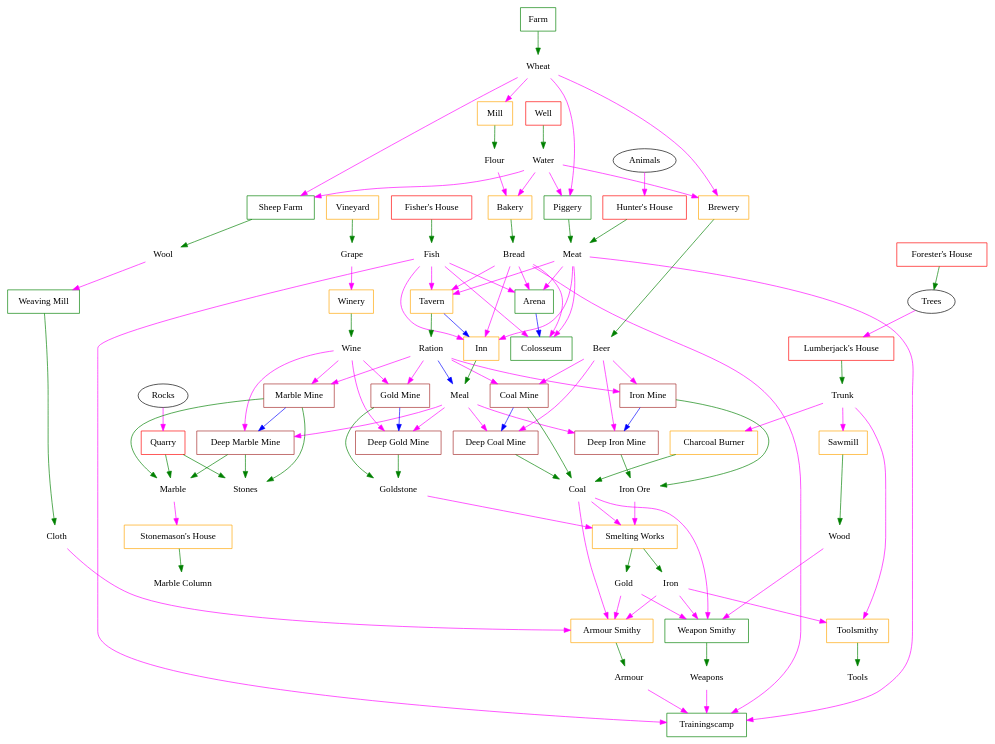
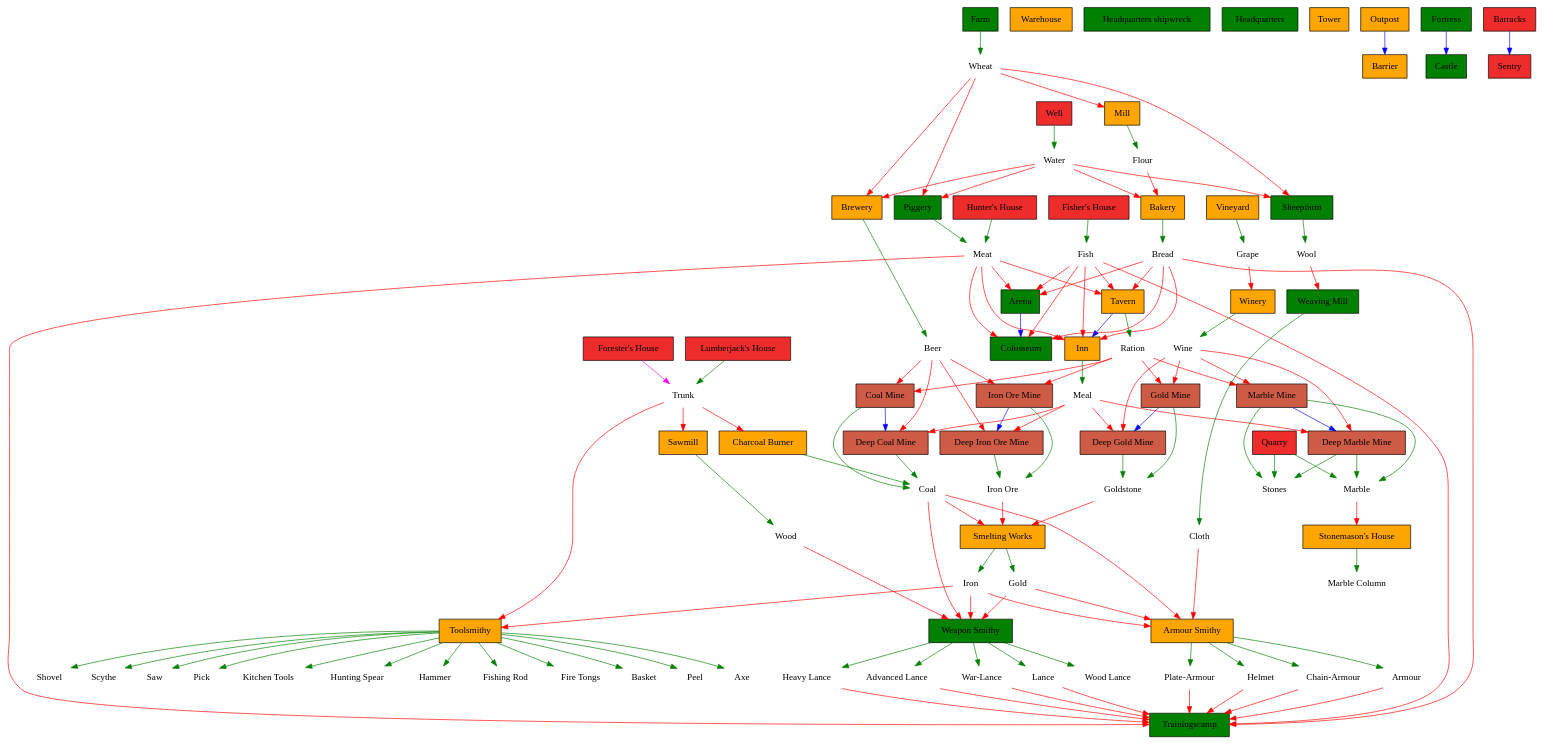
One commit to rhdunn/widelands-techtree changed the diagram in imperials.dot. Above: the diagram before and after it, drawn with Graphviz. The commit also changed 2 other files, not shown here.

Commit message:
Updated the dot files with the generated tech trees.

```diff
--- a/imperials.dot
+++ b/imperials.dot
@@ -1,209 +1,221 @@
-// Based on: http://wl.widelands.org/help/empire/buildings/
-
-digraph "Widelands Imperials Tribe Tech Tree"
+digraph "Widelands mpire Tribe Tech Tree"
 {
-	"Rocks" [shape=ellipse]
-	"Trees" [shape=ellipse]
-	"Animals" [shape=ellipse]
-
-	// wares
-
-	"Fish" [shape=plaintext]
-	"Meat" [shape=plaintext]
-	"Water" [shape=plaintext]
-	"Trunk" [shape=plaintext]
-	"Wood" [shape=plaintext]
-	"Stones" [shape=plaintext]
-	"Marble" [shape=plaintext]
-	"Marble Column" [shape=plaintext]
-	"Wheat" [shape=plaintext]
-	"Flour" [shape=plaintext]
-	"Bread" [shape=plaintext]
-	"Ration" [shape=plaintext]
-	"Meal" [shape=plaintext]
-	"Beer" [shape=plaintext]
-	"Coal" [shape=plaintext]
-	"Iron Ore" [shape=plaintext]
-	"Iron" [shape=plaintext]
-	"Goldstone" [shape=plaintext]
-	"Gold" [shape=plaintext]
-	"Wool" [shape=plaintext]
-	"Cloth" [shape=plaintext]
-	"Armour" [shape=plaintext]
-	"Weapons" [shape=plaintext]
-	"Tools" [shape=plaintext]
-	"Grape" [shape=plaintext]
-	"Wine" [shape=plaintext]
-
-	// small buildings
-
-	"Fisher's House" [shape=box, color=red]
-	"Forester's House" [shape=box, color=red]
-	"Hunter's House" [shape=box, color=red]
-	"Lumberjack's House" [shape=box, color=red]
-	"Quarry" [shape=box, color=red]
-	"Well" [shape=box, color=red]
-
-	// medium buildings
-
-	"Armour Smithy" [shape=box, color=orange]
-	"Bakery" [shape=box, color=orange]
-	"Brewery" [shape=box, color=orange]
-	"Charcoal Burner" [shape=box, color=orange]
-	"Mill" [shape=box, color=orange]
-	"Sawmill" [shape=box, color=orange]
-	"Smelting Works" [shape=box, color=orange]
-	"Stonemason's House" [shape=box, color=orange]
-	"Tavern" [shape=box, color=orange]
-	"Inn" [shape=box, color=orange]
-	"Toolsmithy" [shape=box, color=orange]
-	"Vineyard" [shape=box, color=orange]
-	"Winery" [shape=box, color=orange]
-
-	// large buildings
-
-	"Arena" [shape=box, color=green]
-	"Colosseum" [shape=box, color=green]
-	"Farm" [shape=box, color=green]
-	"Piggery" [shape=box, color=green]
-	"Sheep Farm" [shape=box, color=green]
-	"Trainingscamp" [shape=box, color=green]
-	"Weapon Smithy" [shape=box, color=green]
-	"Weaving Mill" [shape=box, color=green]
-
-	// mines
-
-	"Coal Mine" [shape=box, color=brown]
-	"Gold Mine" [shape=box, color=brown]
-	"Iron Mine" [shape=box, color=brown]
-	"Marble Mine" [shape=box, color=brown]
-
-	"Deep Coal Mine" [shape=box, color=brown]
-	"Deep Gold Mine" [shape=box, color=brown]
-	"Deep Iron Mine" [shape=box, color=brown]
-	"Deep Marble Mine" [shape=box, color=brown]
-
-	// enhancements
-
-	"Ration" -> "Meal" [color=blue]
-
-	"Tavern" -> "Inn" [color=blue]
-	"Arena" -> "Colosseum" [color=blue]
-	"Iron Mine" -> "Deep Iron Mine" [color=blue]
-	"Coal Mine" -> "Deep Coal Mine" [color=blue]
-	"Gold Mine" -> "Deep Gold Mine" [color=blue]
-	"Marble Mine" -> "Deep Marble Mine" [color=blue]
-
-	// produces
-
-	"Fisher's House" -> "Fish" [color=green]
-	"Forester's House" -> "Trees" [color=green]
-	"Hunter's House" -> "Meat" [color=green] // Is this correct? It isn't on the wiki page.
-	"Lumberjack's House" -> "Trunk" [color=green]
-	"Quarry" -> "Stones" [color=green]
-	"Quarry" -> "Marble" [color=green]
-	"Well" -> "Water" [color=green]
-
-	"Armour Smithy" -> "Armour" [color=green]
-	"Bakery" -> "Bread" [color=green]
-	"Brewery" -> "Beer" [color=green]
-	"Charcoal Burner" -> "Coal" [color=green]
-	"Mill" -> "Flour" [color=green]
-	"Sawmill" -> "Wood" [color=green]
-	"Smelting Works" -> "Gold" [color=green]
-	"Smelting Works" -> "Iron" [color=green]
-	"Stonemason's House" -> "Marble Column" [color=green]
-	"Tavern" -> "Ration" [color=green]
-	"Inn" -> "Meal" [color=green]
-	"Toolsmithy" -> "Tools" [color=green]
-	"Vineyard" -> "Grape" [color=green]
-	"Winery" -> "Wine" [color=green]
-
-	"Farm" -> "Wheat" [color=green]
-	"Piggery" -> "Meat" [color=green]
-	"Sheep Farm" -> "Wool" [color=green]
-	"Weaving Mill" -> "Cloth" [color=green]
-	"Weapon Smithy" -> "Weapons" [color=green]
-
-	"Coal Mine" -> "Coal" [color=green]
-	"Gold Mine" -> "Goldstone" [color=green]
-	"Iron Mine" -> "Iron Ore" [color=green]
-	"Marble Mine" -> "Stones" [color=green]
-	"Marble Mine" -> "Marble" [color=green]
-
-	"Deep Coal Mine" -> "Coal" [color=green]
-	"Deep Gold Mine" -> "Goldstone" [color=green]
-	"Deep Iron Mine" -> "Iron Ore" [color=green]
-	"Deep Marble Mine" -> "Stones" [color=green]
-	"Deep Marble Mine" -> "Marble" [color=green]
-
-	// consumes
-
-	"Animals" -> "Hunter's House" [color=magenta]
-	"Trees" -> "Lumberjack's House" [color=magenta]
-	"Rocks" -> "Quarry" [color=magenta]
-
-	"Gold" -> "Armour Smithy" [color=magenta]
-	"Cloth" -> "Armour Smithy" [color=magenta]
-	"Iron" -> "Armour Smithy" [color=magenta]
-	"Coal" -> "Armour Smithy" [color=magenta]
-	"Flour" -> "Bakery" [color=magenta]
-	"Water" -> "Bakery" [color=magenta]
-	"Wheat" -> "Brewery" [color=magenta]
-	"Water" -> "Brewery" [color=magenta]
-	"Trunk" -> "Charcoal Burner" [color=magenta]
-	"Trunk" -> "Sawmill" [color=magenta]
-	"Wheat" -> "Mill" [color=magenta]
-	"Goldstone" -> "Smelting Works" [color=magenta]
-	"Iron Ore" -> "Smelting Works" [color=magenta]
-	"Coal" -> "Smelting Works" [color=magenta]
-	"Marble" -> "Stonemason's House" [color=magenta]
-	"Fish" -> "Tavern" [color=magenta]
-	"Bread" -> "Tavern" [color=magenta]
-	"Meat" -> "Tavern" [color=magenta]
-	"Fish" -> "Inn" [color=magenta]
-	"Bread" -> "Inn" [color=magenta]
-	"Meat" -> "Inn" [color=magenta]
-	"Trunk" -> "Toolsmithy" [color=magenta]
-	"Iron" -> "Toolsmithy" [color=magenta]
-	"Grape" -> "Winery" [color=magenta]
-
-	"Fish" -> "Arena" [color=magenta]
-	"Bread" -> "Arena" [color=magenta]
-	"Meat" -> "Arena" [color=magenta]
-	"Fish" -> "Colosseum" [color=magenta]
-	"Bread" -> "Colosseum" [color=magenta]
-	"Meat" -> "Colosseum" [color=magenta]
-	"Wheat" -> "Piggery" [color=magenta]
-	"Water" -> "Piggery" [color=magenta]
-	"Wheat" -> "Sheep Farm" [color=magenta]
-	"Water" -> "Sheep Farm" [color=magenta]
-	"Wool" -> "Weaving Mill" [color=magenta]
-	"Gold" -> "Weapon Smithy" [color=magenta]
-	"Iron" -> "Weapon Smithy" [color=magenta]
-	"Coal" -> "Weapon Smithy" [color=magenta]
-	"Wood" -> "Weapon Smithy" [color=magenta]
-	"Weapons" -> "Trainingscamp" [color=magenta]
-	"Armour" -> "Trainingscamp" [color=magenta]
-	"Fish" -> "Trainingscamp" [color=magenta]
-	"Bread" -> "Trainingscamp" [color=magenta]
-	"Meat" -> "Trainingscamp" [color=magenta]
-
-	"Beer" -> "Coal Mine" [color=magenta]
-	"Ration" -> "Coal Mine" [color=magenta]
-	"Wine" -> "Gold Mine" [color=magenta]
-	"Ration" -> "Gold Mine" [color=magenta]
-	"Beer" -> "Iron Mine" [color=magenta]
-	"Ration" -> "Iron Mine" [color=magenta]
-	"Wine" -> "Marble Mine" [color=magenta]
-	"Ration" -> "Marble Mine" [color=magenta]
-
-	"Beer" -> "Deep Coal Mine" [color=magenta]
-	"Meal" -> "Deep Coal Mine" [color=magenta]
-	"Wine" -> "Deep Gold Mine" [color=magenta]
-	"Meal" -> "Deep Gold Mine" [color=magenta]
-	"Beer" -> "Deep Iron Mine" [color=magenta]
-	"Meal" -> "Deep Iron Mine" [color=magenta]
-	"Wine" -> "Deep Marble Mine" [color=magenta]
-	"Meal" -> "Deep Marble Mine" [color=magenta]
+	"wool" [shape=plaintext, label="Wool"]
+	"wood_lance" [shape=plaintext, label="Wood Lance"]
+	"wood" [shape=plaintext, label="Wood"]
+	"wine" [shape=plaintext, label="Wine"]
+	"wheat" [shape=plaintext, label="Wheat"]
+	"water" [shape=plaintext, label="Water"]
+	"war_lance" [shape=plaintext, label="War-Lance"]
+	"trunk" [shape=plaintext, label="Trunk"]
+	"stone" [shape=plaintext, label="Stones"]
+	"shovel" [shape=plaintext, label="Shovel"]
+	"scythe" [shape=plaintext, label="Scythe"]
+	"saw" [shape=plaintext, label="Saw"]
+	"ration" [shape=plaintext, label="Ration"]
+	"plate_armour" [shape=plaintext, label="Plate-Armour"]
+	"pick" [shape=plaintext, label="Pick"]
+	"meat" [shape=plaintext, label="Meat"]
+	"meal" [shape=plaintext, label="Meal"]
+	"marble" [shape=plaintext, label="Marble"]
+	"marblecolumn" [shape=plaintext, label="Marble Column"]
+	"lance" [shape=plaintext, label="Lance"]
+	"kitchen_tools" [shape=plaintext, label="Kitchen Tools"]
+	"ironore" [shape=plaintext, label="Iron Ore"]
+	"iron" [shape=plaintext, label="Iron"]
+	"hunting_spear" [shape=plaintext, label="Hunting Spear"]
+	"helm" [shape=plaintext, label="Helmet"]
+	"heavy_lance" [shape=plaintext, label="Heavy Lance"]
+	"hammer" [shape=plaintext, label="Hammer"]
+	"grape" [shape=plaintext, label="Grape"]
+	"goldstone" [shape=plaintext, label="Goldstone"]
+	"gold" [shape=plaintext, label="Gold"]
+	"flour" [shape=plaintext, label="Flour"]
+	"fishing_rod" [shape=plaintext, label="Fishing Rod"]
+	"fish" [shape=plaintext, label="Fish"]
+	"fire_tongs" [shape=plaintext, label="Fire Tongs"]
+	"coal" [shape=plaintext, label="Coal"]
+	"cloth" [shape=plaintext, label="Cloth"]
+	"chain_armour" [shape=plaintext, label="Chain-Armour"]
+	"bread" [shape=plaintext, label="Bread"]
+	"beer" [shape=plaintext, label="Beer"]
+	"basket" [shape=plaintext, label="Basket"]
+	"bakingtray" [shape=plaintext, label="Peel"]
+	"axe" [shape=plaintext, label="Axe"]
+	"armour" [shape=plaintext, label="Armour"]
+	"advanced_lance" [shape=plaintext, label="Advanced Lance"]
+	"vineyard" [shape=box, style=filled, fillcolor=orange, label="Vineyard"]
+	"vineyard" -> "grape" [color=green]
+	"winery" [shape=box, style=filled, fillcolor=orange, label="Winery"]
+	"grape" -> "winery" [color=red]
+	"winery" -> "wine" [color=green]
+	"well" [shape=box, style=filled, fillcolor=firebrick2, label="Well"]
+	"well" -> "water" [color=green]
+	"weaving-mill" [shape=box, style=filled, fillcolor=green, label="Weaving Mill"]
+	"wool" -> "weaving-mill" [color=red]
+	"weaving-mill" -> "cloth" [color=green]
+	"weaponsmithy" [shape=box, style=filled, fillcolor=green, label="Weapon Smithy"]
+	"wood" -> "weaponsmithy" [color=red]
+	"coal" -> "weaponsmithy" [color=red]
+	"gold" -> "weaponsmithy" [color=red]
+	"iron" -> "weaponsmithy" [color=red]
+	"weaponsmithy" -> "war_lance" [color=green]
+	"weaponsmithy" -> "heavy_lance" [color=green]
+	"weaponsmithy" -> "advanced_lance" [color=green]
+	"weaponsmithy" -> "lance" [color=green]
+	"weaponsmithy" -> "wood_lance" [color=green]
+	"toolsmithy" [shape=box, style=filled, fillcolor=orange, label="Toolsmithy"]
+	"trunk" -> "toolsmithy" [color=red]
+	"iron" -> "toolsmithy" [color=red]
+	"toolsmithy" -> "saw" [color=green]
+	"toolsmithy" -> "basket" [color=green]
+	"toolsmithy" -> "hunting_spear" [color=green]
+	"toolsmithy" -> "shovel" [color=green]
+	"toolsmithy" -> "scythe" [color=green]
+	"toolsmithy" -> "pick" [color=green]
+	"toolsmithy" -> "kitchen_tools" [color=green]
+	"toolsmithy" -> "hammer" [color=green]
+	"toolsmithy" -> "fishing_rod" [color=green]
+	"toolsmithy" -> "fire_tongs" [color=green]
+	"toolsmithy" -> "bakingtray" [color=green]
+	"toolsmithy" -> "axe" [color=green]
+	"tavern" [shape=box, style=filled, fillcolor=orange, label="Tavern"]
+	"meat" -> "tavern" [color=red]
+	"bread" -> "tavern" [color=red]
+	"fish" -> "tavern" [color=red]
+	"tavern" -> "ration" [color=green]
+	"tavern" -> "inn" [color=blue]
+	"stonemasons_house" [shape=box, style=filled, fillcolor=orange, label="Stonemason's House"]
+	"marble" -> "stonemasons_house" [color=red]
+	"stonemasons_house" -> "marblecolumn" [color=green]
+	"smelting_works" [shape=box, style=filled, fillcolor=orange, label="Smelting Works"]
+	"coal" -> "smelting_works" [color=red]
+	"goldstone" -> "smelting_works" [color=red]
+	"ironore" -> "smelting_works" [color=red]
+	"smelting_works" -> "gold" [color=green]
+	"smelting_works" -> "iron" [color=green]
+	"sheepfarm" [shape=box, style=filled, fillcolor=green, label="Sheepfarm"]
+	"water" -> "sheepfarm" [color=red]
+	"wheat" -> "sheepfarm" [color=red]
+	"sheepfarm" -> "wool" [color=green]
+	"sawmill" [shape=box, style=filled, fillcolor=orange, label="Sawmill"]
+	"trunk" -> "sawmill" [color=red]
+	"sawmill" -> "wood" [color=green]
+	"quarry" [shape=box, style=filled, fillcolor=firebrick2, label="Quarry"]
+	"quarry" -> "marble" [color=green]
+	"quarry" -> "stone" [color=green]
+	"piggery" [shape=box, style=filled, fillcolor=green, label="Piggery"]
+	"water" -> "piggery" [color=red]
+	"wheat" -> "piggery" [color=red]
+	"piggery" -> "meat" [color=green]
+	"oremine" [shape=box, style=filled, fillcolor=coral3, label="Iron Ore Mine"]
+	"beer" -> "oremine" [color=red]
+	"ration" -> "oremine" [color=red]
+	"oremine" -> "ironore" [color=green]
+	"oremine" -> "deep_oremine" [color=blue]
+	"mill" [shape=box, style=filled, fillcolor=orange, label="Mill"]
+	"wheat" -> "mill" [color=red]
+	"mill" -> "flour" [color=green]
+	"marblemine" [shape=box, style=filled, fillcolor=coral3, label="Marble Mine"]
+	"wine" -> "marblemine" [color=red]
+	"ration" -> "marblemine" [color=red]
+	"marblemine" -> "stone" [color=green]
+	"marblemine" -> "marble" [color=green]
+	"marblemine" -> "deep_marblemine" [color=blue]
+	"lumberjacks_house" [shape=box, style=filled, fillcolor=firebrick2, label="Lumberjack's House"]
+	"lumberjacks_house" -> "trunk" [color=green]
+	"inn" [shape=box, style=filled, fillcolor=orange, label="Inn"]
+	"meat" -> "inn" [color=red]
+	"bread" -> "inn" [color=red]
+	"fish" -> "inn" [color=red]
+	"inn" -> "meal" [color=green]
+	"hunters_house" [shape=box, style=filled, fillcolor=firebrick2, label="Hunter's House"]
+	"hunters_house" -> "meat" [color=green]
+	"goldmine" [shape=box, style=filled, fillcolor=coral3, label="Gold Mine"]
+	"wine" -> "goldmine" [color=red]
+	"ration" -> "goldmine" [color=red]
+	"goldmine" -> "goldstone" [color=green]
+	"goldmine" -> "deep_goldmine" [color=blue]
+	"foresters_house" [shape=box, style=filled, fillcolor=firebrick2, label="Forester's House"]
+	"foresters_house" -> "trunk" [color=magenta]
+	"fishers_house" [shape=box, style=filled, fillcolor=firebrick2, label="Fisher's House"]
+	"fishers_house" -> "fish" [color=green]
+	"farm" [shape=box, style=filled, fillcolor=green, label="Farm"]
+	"farm" -> "wheat" [color=green]
+	"deep_oremine" [shape=box, style=filled, fillcolor=coral3, label="Deep Iron Ore Mine"]
+	"beer" -> "deep_oremine" [color=red]
+	"meal" -> "deep_oremine" [color=red]
+	"deep_oremine" -> "ironore" [color=green]
+	"deep_marblemine" [shape=box, style=filled, fillcolor=coral3, label="Deep Marble Mine"]
+	"wine" -> "deep_marblemine" [color=red]
+	"meal" -> "deep_marblemine" [color=red]
+	"deep_marblemine" -> "stone" [color=green]
+	"deep_marblemine" -> "marble" [color=green]
+	"deep_goldmine" [shape=box, style=filled, fillcolor=coral3, label="Deep Gold Mine"]
+	"wine" -> "deep_goldmine" [color=red]
+	"meal" -> "deep_goldmine" [color=red]
+	"deep_goldmine" -> "goldstone" [color=green]
+	"coalmine" [shape=box, style=filled, fillcolor=coral3, label="Coal Mine"]
+	"beer" -> "coalmine" [color=red]
+	"ration" -> "coalmine" [color=red]
+	"coalmine" -> "coal" [color=green]
+	"coalmine" -> "deep_coalmine" [color=blue]
+	"deep_coalmine" [shape=box, style=filled, fillcolor=coral3, label="Deep Coal Mine"]
+	"beer" -> "deep_coalmine" [color=red]
+	"meal" -> "deep_coalmine" [color=red]
+	"deep_coalmine" -> "coal" [color=green]
+	"burners_house" [shape=box, style=filled, fillcolor=orange, label="Charcoal Burner"]
+	"trunk" -> "burners_house" [color=red]
+	"burners_house" -> "coal" [color=green]
+	"brewery" [shape=box, style=filled, fillcolor=orange, label="Brewery"]
+	"wheat" -> "brewery" [color=red]
+	"water" -> "brewery" [color=red]
+	"brewery" -> "beer" [color=green]
+	"bakery" [shape=box, style=filled, fillcolor=orange, label="Bakery"]
+	"water" -> "bakery" [color=red]
+	"flour" -> "bakery" [color=red]
+	"bakery" -> "bread" [color=green]
+	"armoursmithy" [shape=box, style=filled, fillcolor=orange, label="Armour Smithy"]
+	"cloth" -> "armoursmithy" [color=red]
+	"coal" -> "armoursmithy" [color=red]
+	"gold" -> "armoursmithy" [color=red]
+	"iron" -> "armoursmithy" [color=red]
+	"armoursmithy" -> "plate_armour" [color=green]
+	"armoursmithy" -> "chain_armour" [color=green]
+	"armoursmithy" -> "armour" [color=green]
+	"armoursmithy" -> "helm" [color=green]
+	"warehouse" [shape=box, style=filled, fillcolor=orange, label="Warehouse"]
+	"headquarters_shipwreck" [shape=box, style=filled, fillcolor=green, label="Headquarters shipwreck"]
+	"headquarters" [shape=box, style=filled, fillcolor=green, label="Headquarters"]
+	"tower" [shape=box, style=filled, fillcolor=orange, label="Tower"]
+	"outpost" [shape=box, style=filled, fillcolor=orange, label="Outpost"]
+	"outpost" -> "barrier" [color=blue]
+	"fortress" [shape=box, style=filled, fillcolor=green, label="Fortress"]
+	"fortress" -> "castle" [color=blue]
+	"castle" [shape=box, style=filled, fillcolor=green, label="Castle"]
+	"barrier" [shape=box, style=filled, fillcolor=orange, label="Barrier"]
+	"barracks" [shape=box, style=filled, fillcolor=firebrick2, label="Barracks"]
+	"barracks" -> "sentry" [color=blue]
+	"sentry" [shape=box, style=filled, fillcolor=firebrick2, label="Sentry"]
+	"trainingscamp" [shape=box, style=filled, fillcolor=green, label="Trainingscamp"]
+	"plate_armour" -> "trainingscamp" [color=red]
+	"chain_armour" -> "trainingscamp" [color=red]
+	"armour" -> "trainingscamp" [color=red]
+	"helm" -> "trainingscamp" [color=red]
+	"war_lance" -> "trainingscamp" [color=red]
+	"heavy_lance" -> "trainingscamp" [color=red]
+	"advanced_lance" -> "trainingscamp" [color=red]
+	"lance" -> "trainingscamp" [color=red]
+	"meat" -> "trainingscamp" [color=red]
+	"fish" -> "trainingscamp" [color=red]
+	"bread" -> "trainingscamp" [color=red]
+	"arena" [shape=box, style=filled, fillcolor=green, label="Arena"]
+	"meat" -> "arena" [color=red]
+	"fish" -> "arena" [color=red]
+	"bread" -> "arena" [color=red]
+	"arena" -> "colosseum" [color=blue]
+	"colosseum" [shape=box, style=filled, fillcolor=green, label="Colosseum"]
+	"meat" -> "colosseum" [color=red]
+	"fish" -> "colosseum" [color=red]
+	"bread" -> "colosseum" [color=red]
 }
```
